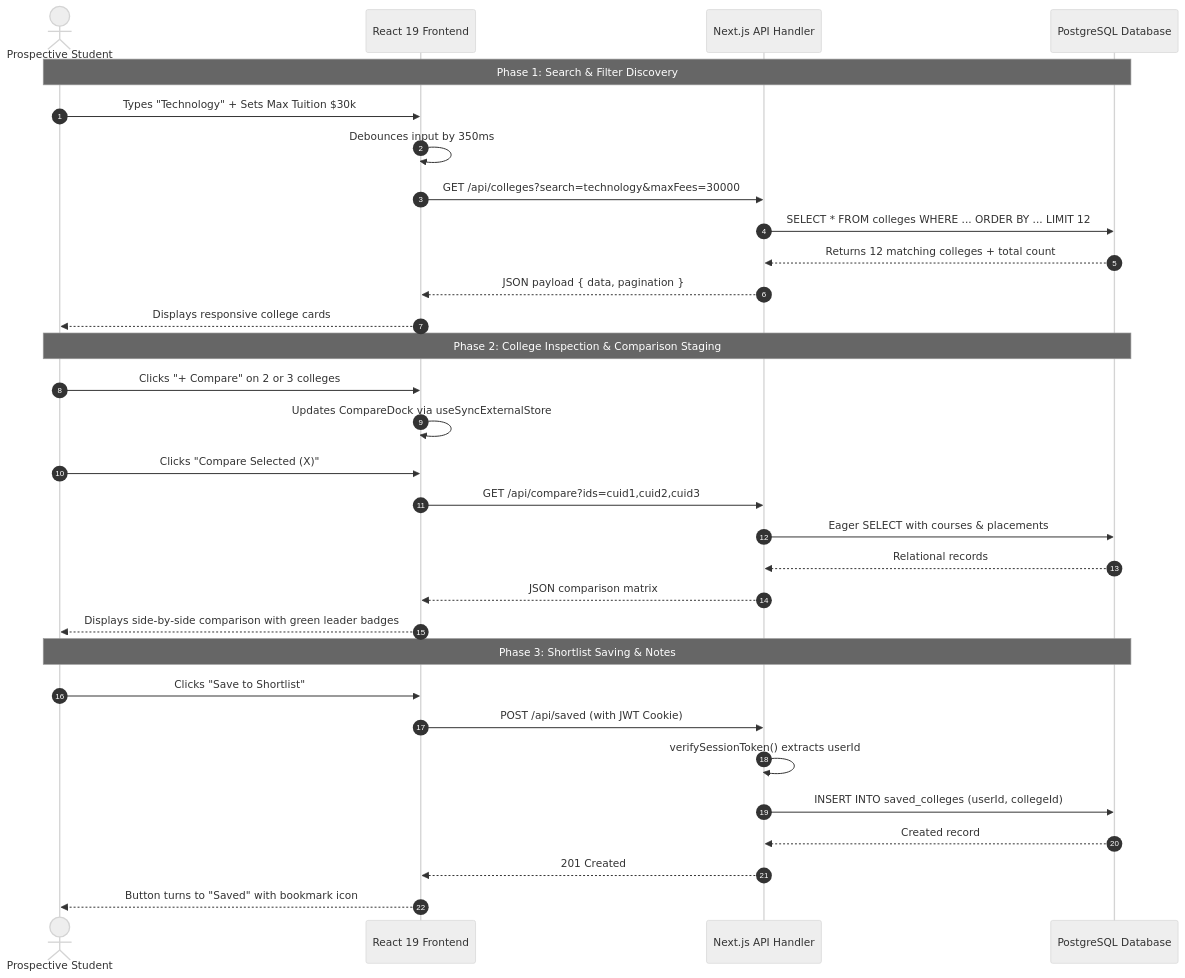
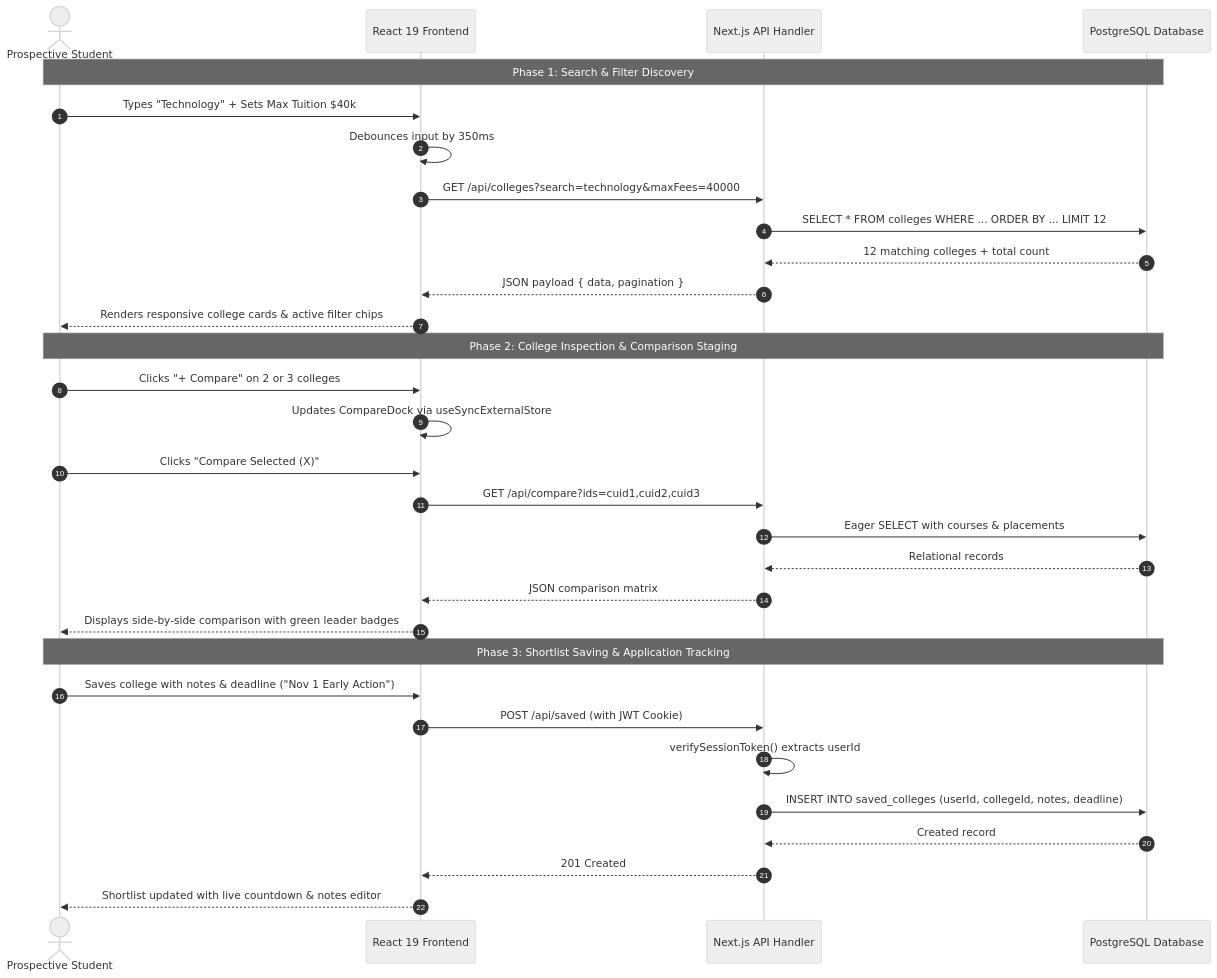
Before and after one commit to sheetanshumohan/College-Discovery-Platform: the second of 4 diagrams in README.md, drawn with Mermaid (neutral theme). The commit also changed other lines of this file and 7 other files, not shown here.

````diff
--- a/README.md
+++ b/README.md
@@ -128,36 +136,36 @@
 ```mermaid
 sequenceDiagram
     autonumber
     actor Student as Prospective Student
     participant Browser as React 19 Frontend
     participant Server as Next.js API Handler
     participant DB as PostgreSQL Database
 
     Note over Student, DB: Phase 1: Search & Filter Discovery
-    Student->>Browser: Types "Technology" + Sets Max Tuition $30k
+    Student->>Browser: Types "Technology" + Sets Max Tuition $40k
     Browser->>Browser: Debounces input by 350ms
-    Browser->>Server: GET /api/colleges?search=technology&maxFees=30000
+    Browser->>Server: GET /api/colleges?search=technology&maxFees=40000
     Server->>DB: SELECT * FROM colleges WHERE ... ORDER BY ... LIMIT 12
-    DB-->>Server: Returns 12 matching colleges + total count
+    DB-->>Server: 12 matching colleges + total count
     Server-->>Browser: JSON payload { data, pagination }
-    Browser-->>Student: Displays responsive college cards
+    Browser-->>Student: Renders responsive college cards & active filter chips
 
     Note over Student, DB: Phase 2: College Inspection & Comparison Staging
     Student->>Browser: Clicks "+ Compare" on 2 or 3 colleges
     Browser->>Browser: Updates CompareDock via useSyncExternalStore
     Student->>Browser: Clicks "Compare Selected (X)"
     Browser->>Server: GET /api/compare?ids=cuid1,cuid2,cuid3
     Server->>DB: Eager SELECT with courses & placements
     DB-->>Server: Relational records
     Server-->>Browser: JSON comparison matrix
     Browser-->>Student: Displays side-by-side comparison with green leader badges
 
-    Note over Student, DB: Phase 3: Shortlist Saving & Notes
-    Student->>Browser: Clicks "Save to Shortlist"
+    Note over Student, DB: Phase 3: Shortlist Saving & Application Tracking
+    Student->>Browser: Saves college with notes & deadline ("Nov 1 Early Action")
     Browser->>Server: POST /api/saved (with JWT Cookie)
     Server->>Server: verifySessionToken() extracts userId
-    Server->>DB: INSERT INTO saved_colleges (userId, collegeId)
+    Server->>DB: INSERT INTO saved_colleges (userId, collegeId, notes, deadline)
     DB-->>Server: Created record
     Server-->>Browser: 201 Created
-    Browser-->>Student: Button turns to "Saved" with bookmark icon
+    Browser-->>Student: Shortlist updated with live countdown & notes editor
 ```
````
